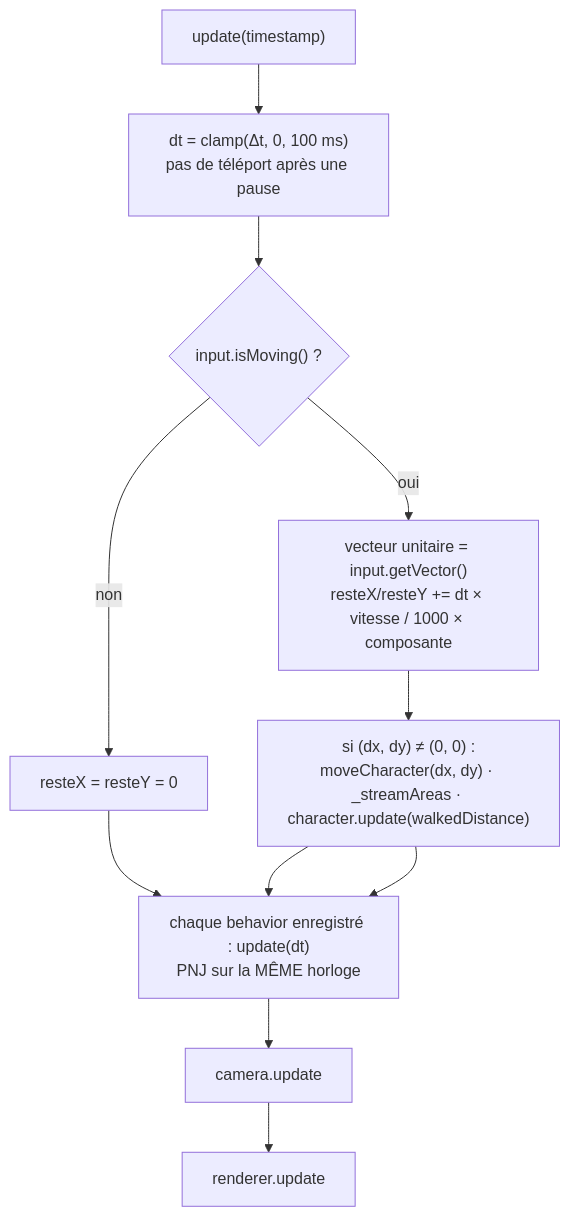
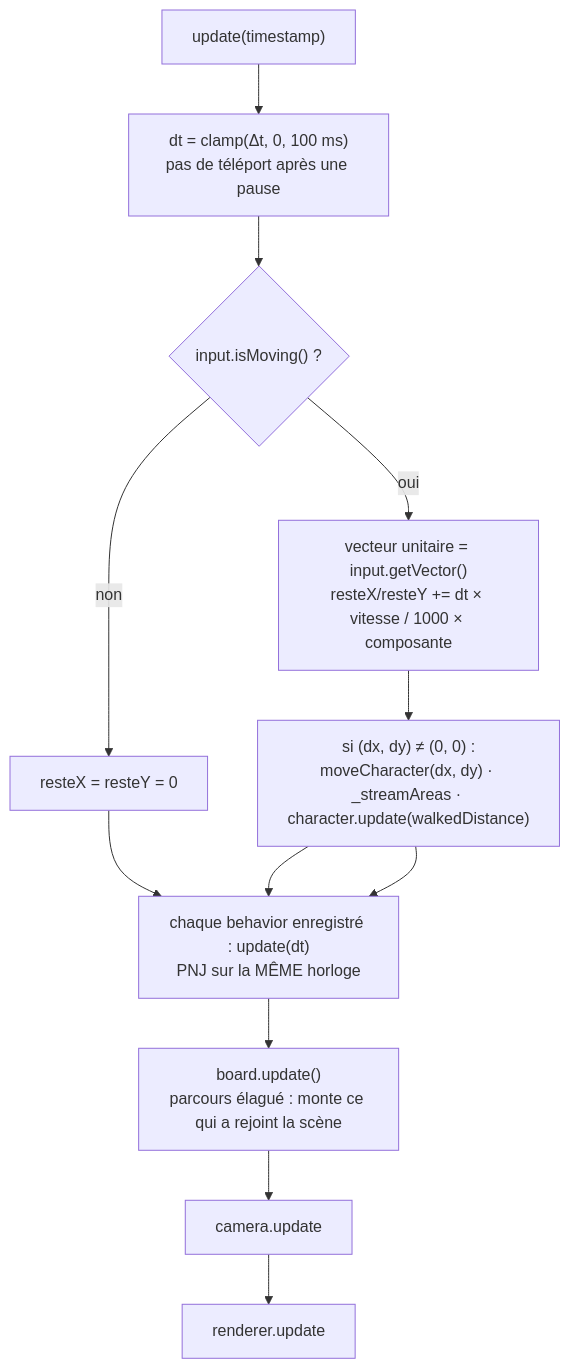
The first of 3 diagrams in meta/documentation/engine.md (deljdlx/dc-container-kingdom), drawn with Mermaid before and after one commit. The commit also changed other lines of this file, not shown here.

````diff
--- a/meta/documentation/engine.md
+++ b/meta/documentation/engine.md
@@ -80,13 +80,14 @@
 ```mermaid
 flowchart TD
     U["update(timestamp)"] --> DT["dt = clamp(Δt, 0, 100 ms)<br/>pas de téléport après une pause"]
     DT --> Q{"input.isMoving() ?"}
     Q -->|oui| ACC["vecteur unitaire = input.getVector()<br/>resteX/resteY += dt × vitesse / 1000 × composante"]
     Q -->|non| RST["resteX = resteY = 0"]
     ACC --> MC["si (dx, dy) ≠ (0, 0) :<br/>moveCharacter(dx, dy) · _streamAreas · character.update(walkedDistance)"]
     RST --> B
     MC --> B
     MC --> B["chaque behavior enregistré : update(dt)<br/>PNJ sur la MÊME horloge"]
-    B --> C["camera.update"]
+    B --> W["board.update()<br/>parcours élagué : monte ce qui a rejoint la scène"]
+    W --> C["camera.update"]
     C --> R["renderer.update"]
 ```
````
